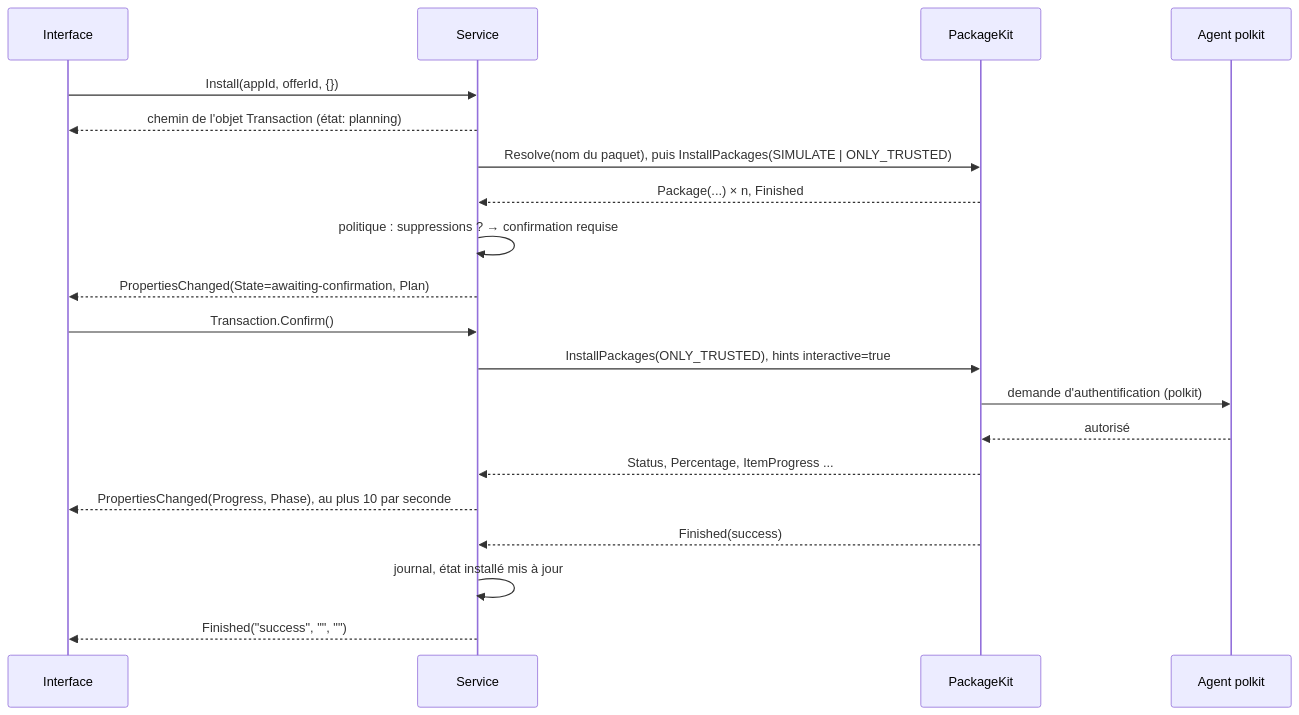
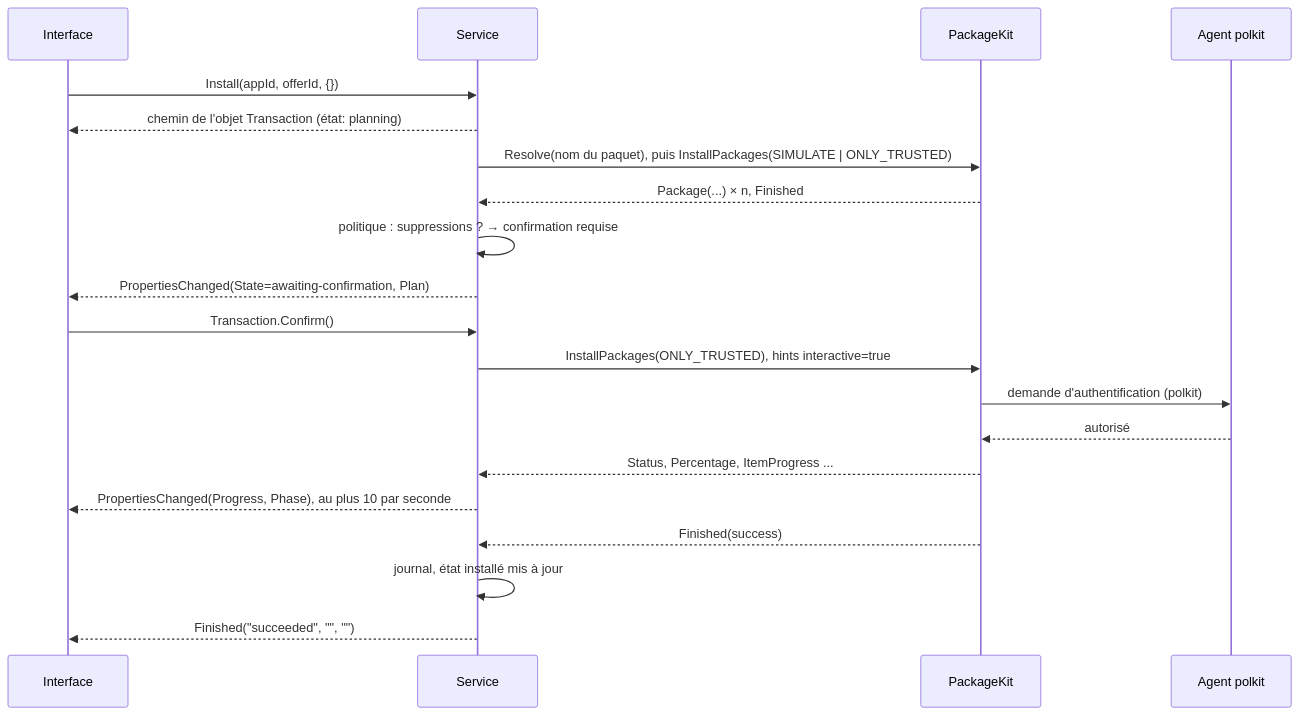
One commit to SachaGrdc/cutefish-store changed the fourth of 5 diagrams in docs/ARCHITECTURE.md. Above: the diagram before and after it, drawn with Mermaid. The commit also changed other lines of this file, not shown here.

````diff
--- a/docs/ARCHITECTURE.md
+++ b/docs/ARCHITECTURE.md
@@ -242,22 +242,22 @@
 ```mermaid
 sequenceDiagram
     participant U as Interface
     participant S as Service
     participant P as PackageKit
     participant A as Agent polkit
     U->>S: Install(appId, offerId, {})
     S-->>U: chemin de l'objet Transaction (état: planning)
     S->>P: Resolve(nom du paquet), puis InstallPackages(SIMULATE | ONLY_TRUSTED)
     P-->>S: Package(...) × n, Finished
     S->>S: politique : suppressions ? → confirmation requise
     S-->>U: PropertiesChanged(State=awaiting-confirmation, Plan)
     U->>S: Transaction.Confirm()
     S->>P: InstallPackages(ONLY_TRUSTED), hints interactive=true
     P->>A: demande d'authentification (polkit)
     A-->>P: autorisé
     P-->>S: Status, Percentage, ItemProgress ...
     S-->>U: PropertiesChanged(Progress, Phase), au plus 10 par seconde
     P-->>S: Finished(success)
     S->>S: journal, état installé mis à jour
-    S-->>U: Finished("success", "", "")
+    S-->>U: Finished("succeeded", "", "")
 ```
````
